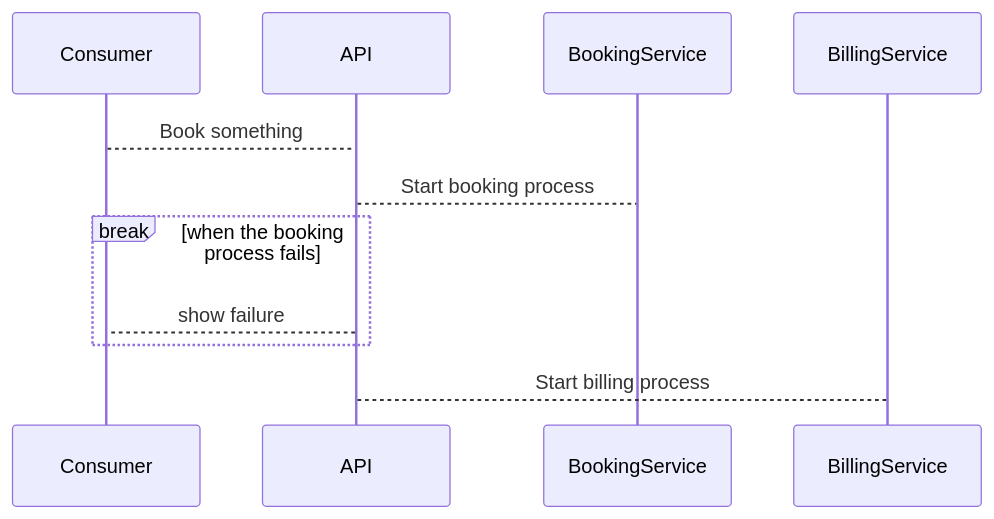
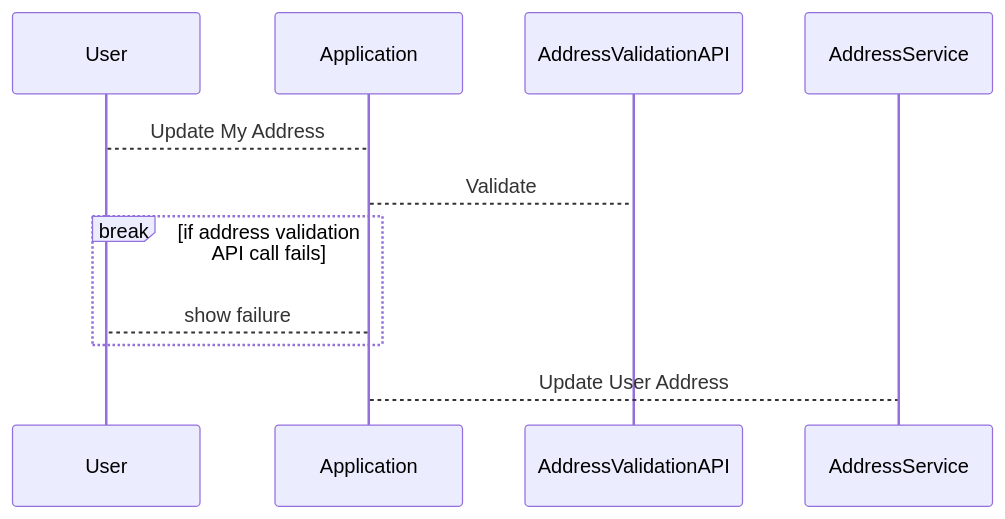
One commit to thbst16/dotnet-statiq-beckshome-blog changed the diagram in input/img/mermaid/sequence.mmd. Above: the diagram before and after it, drawn with Mermaid. The commit also changed 1 other file, not shown here.

Commit message:
updated mermaid sequence diagram

```diff
--- a/input/img/mermaid/sequence.mmd
+++ b/input/img/mermaid/sequence.mmd
@@ -1,7 +1,7 @@
 sequenceDiagram
-    Consumer-->API: Book something
-    API-->BookingService: Start booking process
-    break when the booking process fails
-        API-->Consumer: show failure
+    User-->Application: Update My Address
+    Application-->AddressValidationAPI: Validate
+    break if address validation API call fails
+        Application-->User: show failure
     end
-    API-->BillingService: Start billing process
+    Application-->AddressService: Update User Address
```
